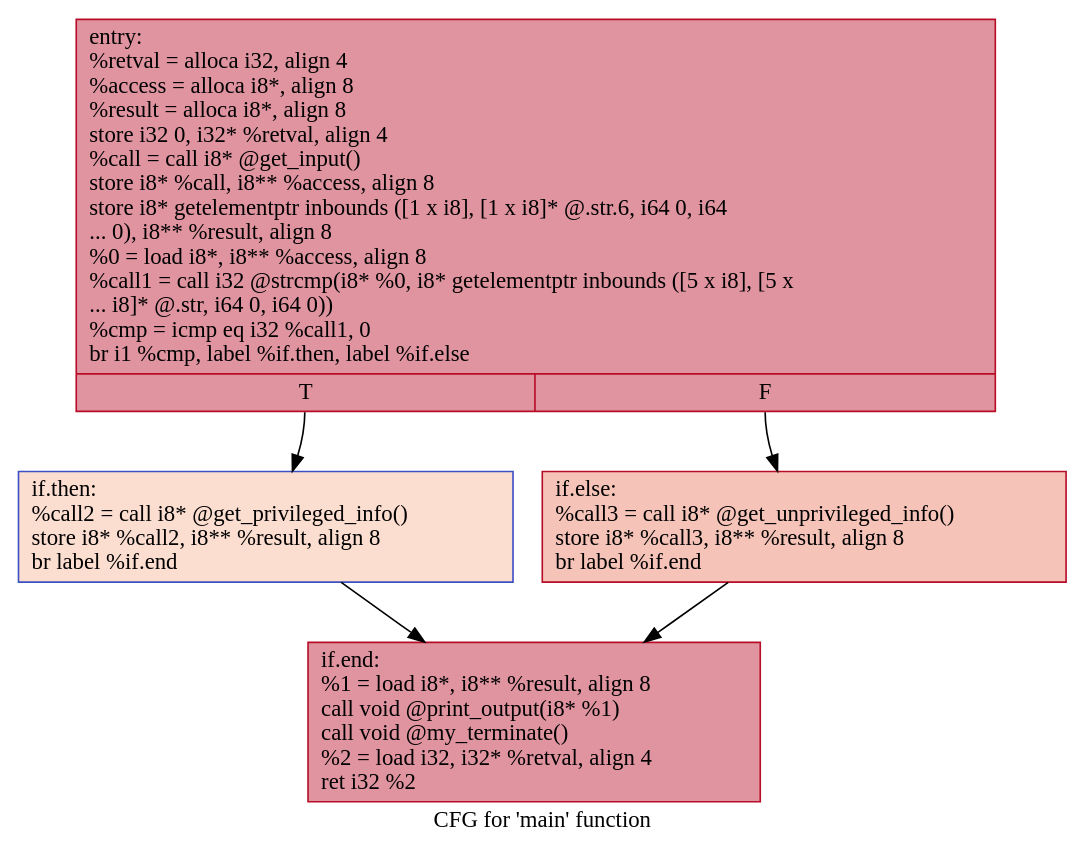
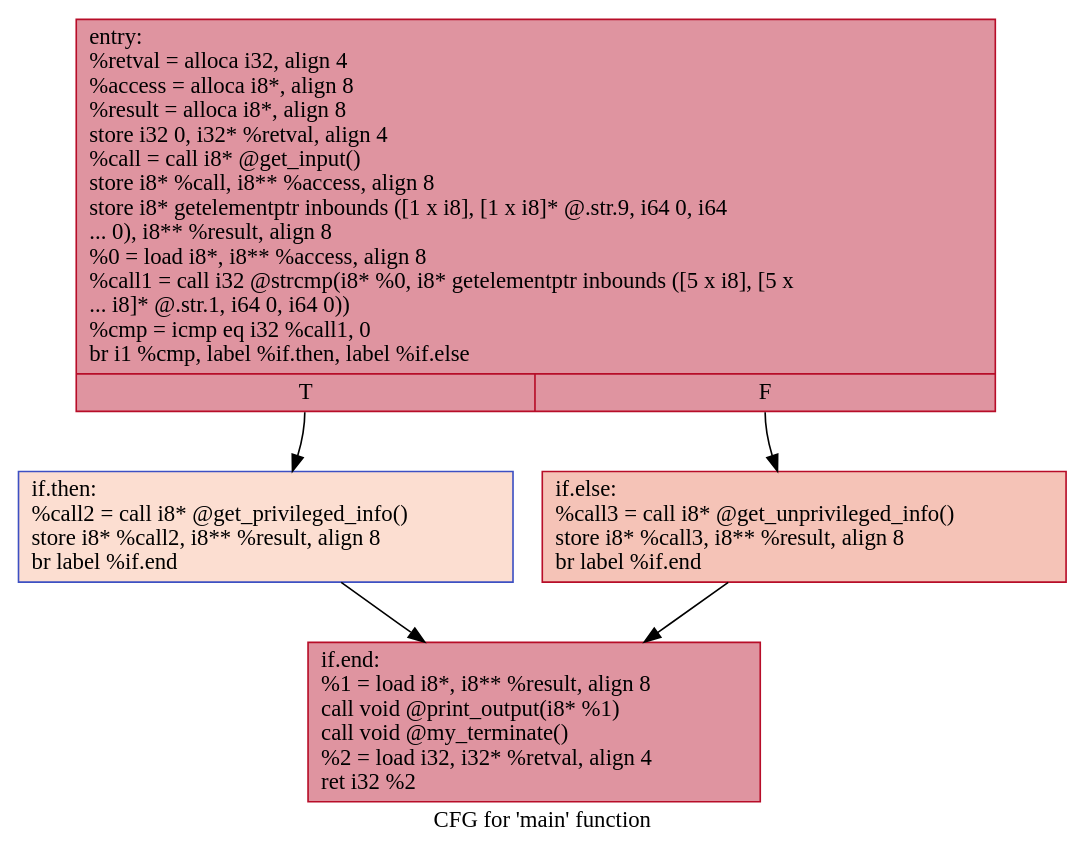
One commit to lamida/scarr-sample-program changed the diagram in c/small/scarr-no-opt/dot-scarr/.main.dot. Above: the diagram before and after it, drawn with Graphviz. The commit also changed 14 other files, not shown here.

```diff
--- a/c/small/scarr-no-opt/dot-scarr/.main.dot
+++ b/c/small/scarr-no-opt/dot-scarr/.main.dot
@@ -1,12 +1,12 @@
 digraph "CFG for 'main' function" {
 	label="CFG for 'main' function";
 
-	Node0x55e98d774d20 [shape=record,color="#b70d28ff", style=filled, fillcolor="#b70d2870",label="{entry:\l  %retval = alloca i32, align 4\l  %access = alloca i8*, align 8\l  %result = alloca i8*, align 8\l  store i32 0, i32* %retval, align 4\l  %call = call i8* @get_input()\l  store i8* %call, i8** %access, align 8\l  store i8* getelementptr inbounds ([1 x i8], [1 x i8]* @.str.6, i64 0, i64\l... 0), i8** %result, align 8\l  %0 = load i8*, i8** %access, align 8\l  %call1 = call i32 @strcmp(i8* %0, i8* getelementptr inbounds ([5 x i8], [5 x\l... i8]* @.str, i64 0, i64 0))\l  %cmp = icmp eq i32 %call1, 0\l  br i1 %cmp, label %if.then, label %if.else\l|{<s0>T|<s1>F}}"];
-	Node0x55e98d774d20:s0 -> Node0x55e98d7756b0;
-	Node0x55e98d774d20:s1 -> Node0x55e98d775780;
-	Node0x55e98d7756b0 [shape=record,color="#3d50c3ff", style=filled, fillcolor="#f7b39670",label="{if.then:                                          \l  %call2 = call i8* @get_privileged_info()\l  store i8* %call2, i8** %result, align 8\l  br label %if.end\l}"];
-	Node0x55e98d7756b0 -> Node0x55e98d775ae0;
-	Node0x55e98d775780 [shape=record,color="#b70d28ff", style=filled, fillcolor="#e8765c70",label="{if.else:                                          \l  %call3 = call i8* @get_unprivileged_info()\l  store i8* %call3, i8** %result, align 8\l  br label %if.end\l}"];
-	Node0x55e98d775780 -> Node0x55e98d775ae0;
-	Node0x55e98d775ae0 [shape=record,color="#b70d28ff", style=filled, fillcolor="#b70d2870",label="{if.end:                                           \l  %1 = load i8*, i8** %result, align 8\l  call void @print_output(i8* %1)\l  call void @my_terminate()\l  %2 = load i32, i32* %retval, align 4\l  ret i32 %2\l}"];
+	Node0x5566061b07a0 [shape=record,color="#b70d28ff", style=filled, fillcolor="#b70d2870",label="{entry:\l  %retval = alloca i32, align 4\l  %access = alloca i8*, align 8\l  %result = alloca i8*, align 8\l  store i32 0, i32* %retval, align 4\l  %call = call i8* @get_input()\l  store i8* %call, i8** %access, align 8\l  store i8* getelementptr inbounds ([1 x i8], [1 x i8]* @.str.9, i64 0, i64\l... 0), i8** %result, align 8\l  %0 = load i8*, i8** %access, align 8\l  %call1 = call i32 @strcmp(i8* %0, i8* getelementptr inbounds ([5 x i8], [5 x\l... i8]* @.str.1, i64 0, i64 0))\l  %cmp = icmp eq i32 %call1, 0\l  br i1 %cmp, label %if.then, label %if.else\l|{<s0>T|<s1>F}}"];
+	Node0x5566061b07a0:s0 -> Node0x5566061b1130;
+	Node0x5566061b07a0:s1 -> Node0x5566061b11a0;
+	Node0x5566061b1130 [shape=record,color="#3d50c3ff", style=filled, fillcolor="#f7b39670",label="{if.then:                                          \l  %call2 = call i8* @get_privileged_info()\l  store i8* %call2, i8** %result, align 8\l  br label %if.end\l}"];
+	Node0x5566061b1130 -> Node0x5566061b1500;
+	Node0x5566061b11a0 [shape=record,color="#b70d28ff", style=filled, fillcolor="#e8765c70",label="{if.else:                                          \l  %call3 = call i8* @get_unprivileged_info()\l  store i8* %call3, i8** %result, align 8\l  br label %if.end\l}"];
+	Node0x5566061b11a0 -> Node0x5566061b1500;
+	Node0x5566061b1500 [shape=record,color="#b70d28ff", style=filled, fillcolor="#b70d2870",label="{if.end:                                           \l  %1 = load i8*, i8** %result, align 8\l  call void @print_output(i8* %1)\l  call void @my_terminate()\l  %2 = load i32, i32* %retval, align 4\l  ret i32 %2\l}"];
 }
```
